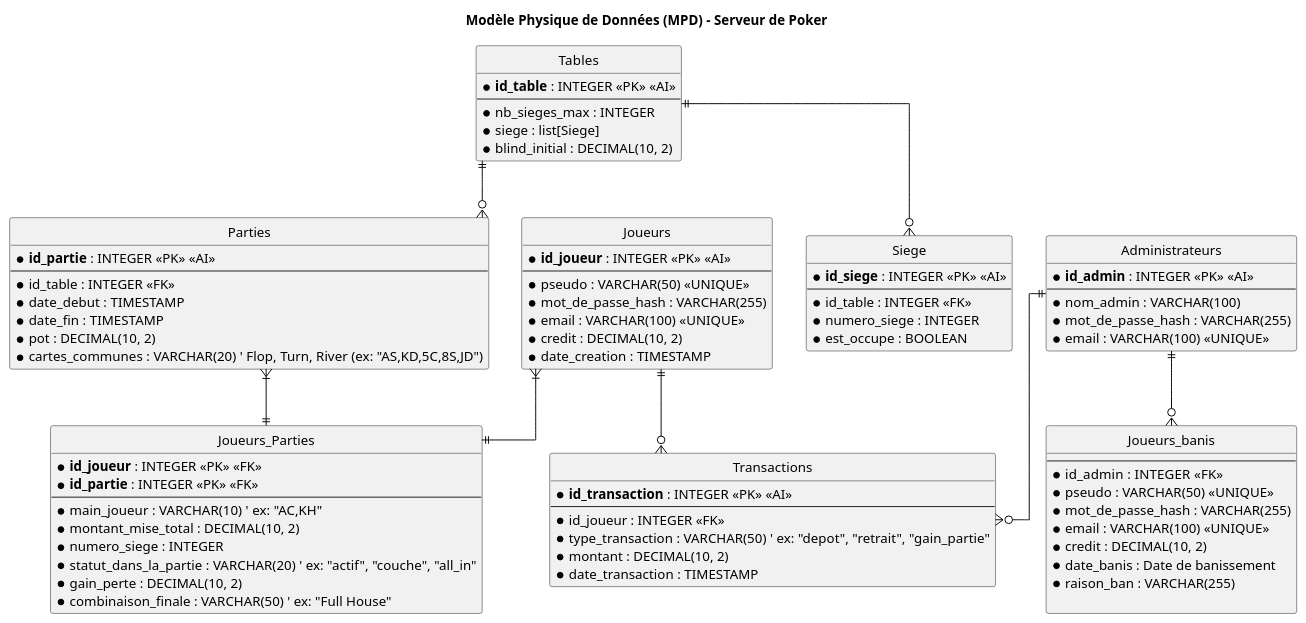
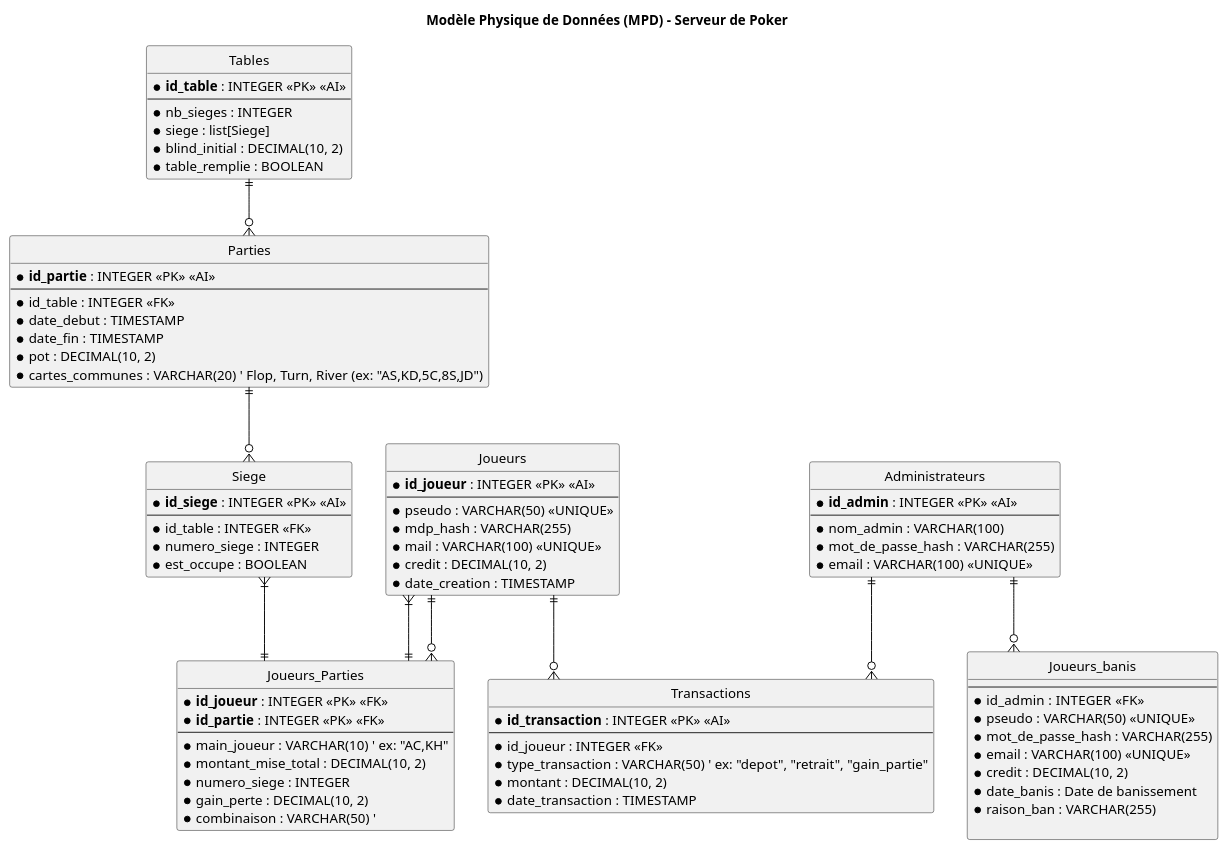
The diagram in doc/MPD.puml (tomdtd/ENSAI-2A-projet-info-Albane-Tom-Neville-Floraline), drawn with PlantUML before and after one commit. The commit also changed 2 other files, not shown here.

```diff
--- a/doc/MPD.puml
+++ b/doc/MPD.puml
@@ -1,121 +1,126 @@
 @startuml
 ' Titre du diagramme
 title Modèle Physique de Données (MPD) - Serveur de Poker
 
 ' --- Paramètres d'affichage ---
 hide circle
 skinparam linetype ortho
 skinparam table {
   BackgroundColor White
   BorderColor Black
 }
 skinparam arrow {
   Color Black
 }
 
 ' --- Définition des Tables ---
 
 ' Table pour les utilisateurs (Joueurs )
 entity "Joueurs" as T_JOUEURS {
   * **id_joueur** : INTEGER <<PK>> <<AI>>
   --
   * pseudo : VARCHAR(50) <<UNIQUE>>
-  * mot_de_passe_hash : VARCHAR(255)
-  * email : VARCHAR(100) <<UNIQUE>>
+  * mdp_hash : VARCHAR(255)
+  * mail : VARCHAR(100) <<UNIQUE>>
   * credit : DECIMAL(10, 2)
   * date_creation : TIMESTAMP
 }
 
 ' Table pour les tables de jeu physiques
 entity "Tables" as T_TABLES {
   * **id_table** : INTEGER <<PK>> <<AI>>
   --
-  * nb_sieges_max : INTEGER
+  * nb_sieges : INTEGER
   * siege : list[Siege]
   * blind_initial : DECIMAL(10, 2)
+  * table_remplie : BOOLEAN
 }
 
 ' Table pour les parties qui ont lieu sur les tables
 entity "Parties" as T_PARTIES {
   * **id_partie** : INTEGER <<PK>> <<AI>>
   --
   * id_table : INTEGER <<FK>>
   * date_debut : TIMESTAMP
   * date_fin : TIMESTAMP
   * pot : DECIMAL(10, 2)
   * cartes_communes : VARCHAR(20) ' Flop, Turn, River (ex: "AS,KD,5C,8S,JD")
 }
 
 'Tables pour les sièges des joueurs
 entity "Siege" as T_SIEGE {
   * **id_siege** : INTEGER <<PK>> <<AI>>
   --
   * id_table : INTEGER <<FK>>
   * numero_siege : INTEGER
   * est_occupe : BOOLEAN
 }
 
 ' Table de jonction pour la relation N-M entre Joueurs et Parties
 entity "Joueurs_Parties" as T_JOUEURS_PARTIES {
   * **id_joueur** : INTEGER <<PK>> <<FK>>
   * **id_partie** : INTEGER <<PK>> <<FK>>
   --
   * main_joueur : VARCHAR(10) ' ex: "AC,KH"
   * montant_mise_total : DECIMAL(10, 2)
   * numero_siege : INTEGER
-  * statut_dans_la_partie : VARCHAR(20) ' ex: "actif", "couche", "all_in"
   * gain_perte : DECIMAL(10, 2)
-  * combinaison_finale : VARCHAR(50) ' ex: "Full House"
+  * combinaison : VARCHAR(50) ' 
 }
 
 ' Table pour l'historique des transactions financières
 entity "Transactions" as T_TRANSACTIONS {
   * **id_transaction** : INTEGER <<PK>> <<AI>>
   --
   * id_joueur : INTEGER <<FK>>
   * type_transaction : VARCHAR(50) ' ex: "depot", "retrait", "gain_partie"
   * montant : DECIMAL(10, 2)
   * date_transaction : TIMESTAMP
 }
 ' Table des administrateurs 
 entity "Administrateurs" as T_ADMINISTRATEURS {
   * **id_admin** : INTEGER <<PK>> <<AI>>
   --
   * nom_admin : VARCHAR(100)
   * mot_de_passe_hash : VARCHAR(255)
   * email : VARCHAR(100) <<UNIQUE>>
 }
 ' Table pour les utilisateurs banis (Joueurs )
 
 entity "Joueurs_banis" as T_JOUEURS_B {
   --
   * id_admin : INTEGER  <<FK>>
   * pseudo : VARCHAR(50) <<UNIQUE>>
   * mot_de_passe_hash : VARCHAR(255)
   * email : VARCHAR(100) <<UNIQUE>>
   * credit : DECIMAL(10, 2)
   * date_banis : Date de banissement
   * raison_ban : VARCHAR(255)
 
 }
 
 ' --- Définition des Relations ---
 ' Admins et joueurs banis
 T_ADMINISTRATEURS ||--o{ T_JOUEURS_B
 ' Un joueur peut avoir plusieurs transactions
 T_JOUEURS ||--o{ T_TRANSACTIONS
 
 'Admin et Transactions 
 T_ADMINISTRATEURS ||--o{ T_TRANSACTIONS
 
 'Une table de jeu peut accueillir plusieurs parties (dans le temps)
 T_TABLES ||--o{ T_PARTIES
 
 ' Relation N-M entre Joueurs et Parties, via la table de jonction
 T_JOUEURS }|--|| T_JOUEURS_PARTIES
-T_PARTIES }|--|| T_JOUEURS_PARTIES
 
-' Relation entre tables et sièges
-T_TABLES ||--o{ T_SIEGE
+' Relation entre parties et sièges
+T_PARTIES ||--o{ T_SIEGE
+
+'Relation entre joueurs et sièges (via Joueurs_Parties)
+T_JOUEURS ||--o{ T_JOUEURS_PARTIES
+
+'Relation entre joueur et sièges (via Joueurs_Parties)
+T_SIEGE }|--|| T_JOUEURS_PARTIES
 
 @enduml
```
